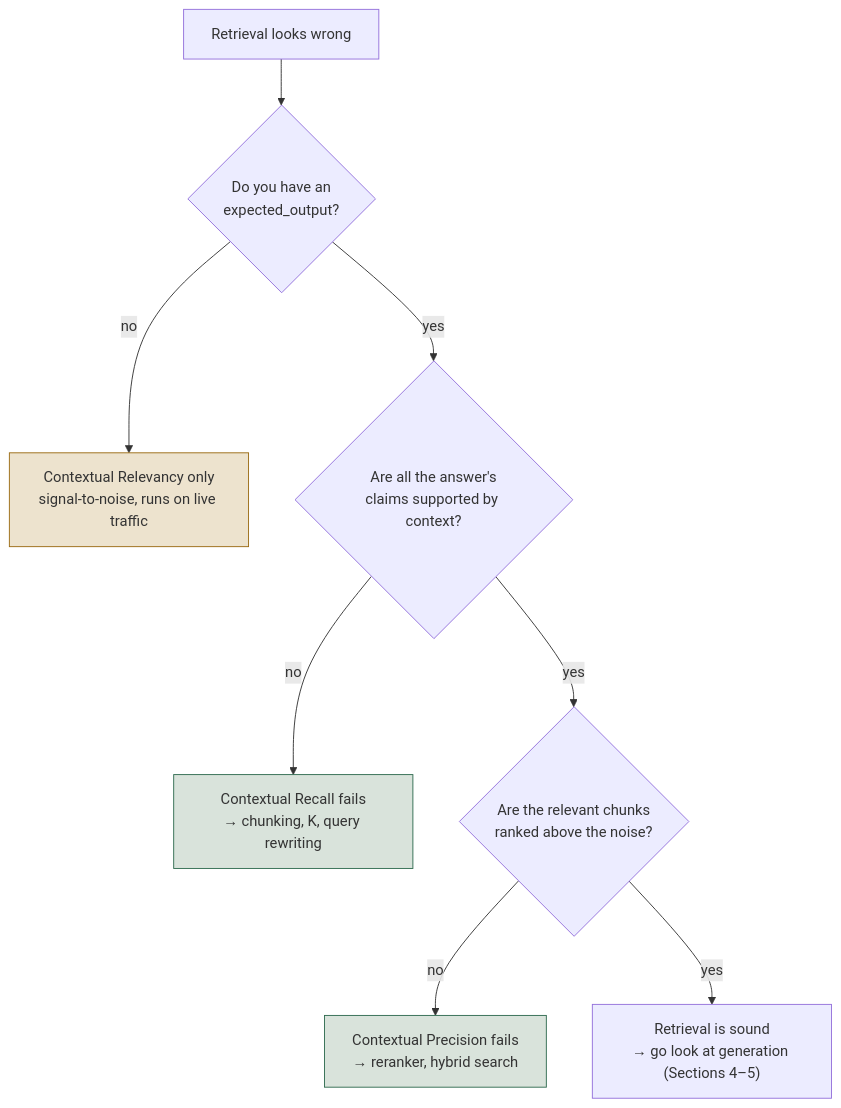
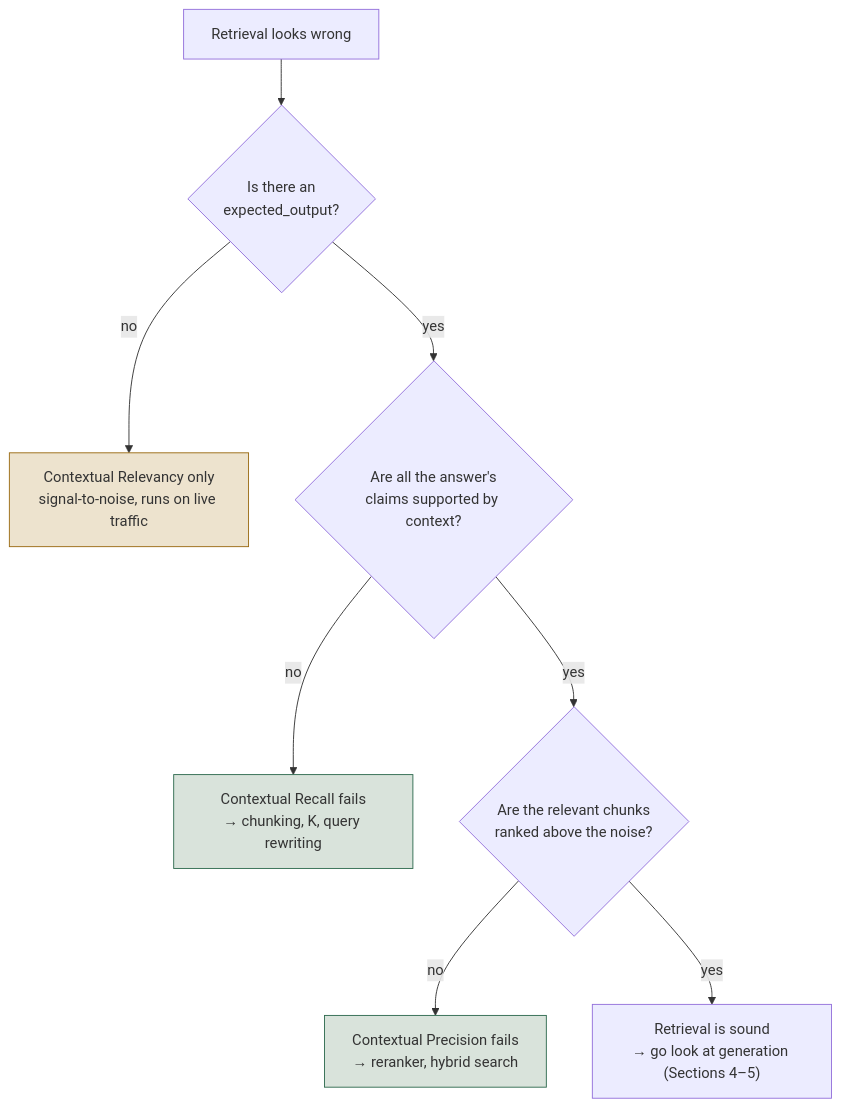
One commit to Sourav692/Agent_Evaluation_Demystified changed the third of 6 diagrams in docs/roadmap-explainers/01-rag-retrieval-and-generation.md. Above: the diagram before and after it, drawn with Mermaid. The commit also changed other lines of this file and 34 other files, not shown here.

````diff
--- a/docs/roadmap-explainers/01-rag-retrieval-and-generation.md
+++ b/docs/roadmap-explainers/01-rag-retrieval-and-generation.md
@@ -221,14 +201,14 @@
 ```mermaid
 flowchart TD
-    S["Retrieval looks wrong"] --> Q1{"Do you have an<br/>expected_output?"}
+    S["Retrieval looks wrong"] --> Q1{"Is there an<br/>expected_output?"}
     Q1 -->|no| REL["Contextual Relevancy only<br/>signal-to-noise, runs on live traffic"]
     Q1 -->|yes| Q2{"Are all the answer's<br/>claims supported by context?"}
     Q2 -->|no| CR["Contextual Recall fails<br/>→ chunking, K, query rewriting"]
     Q2 -->|yes| Q3{"Are the relevant chunks<br/>ranked above the noise?"}
     Q3 -->|no| CP["Contextual Precision fails<br/>→ reranker, hybrid search"]
     Q3 -->|yes| OK["Retrieval is sound<br/>→ go look at generation (Sections 4–5)"]
 
     style CR fill:#D9E3DB,stroke:#2F6B4F
     style CP fill:#D9E3DB,stroke:#2F6B4F
     style REL fill:#EDE3CE,stroke:#9A6A12
 ```
````
